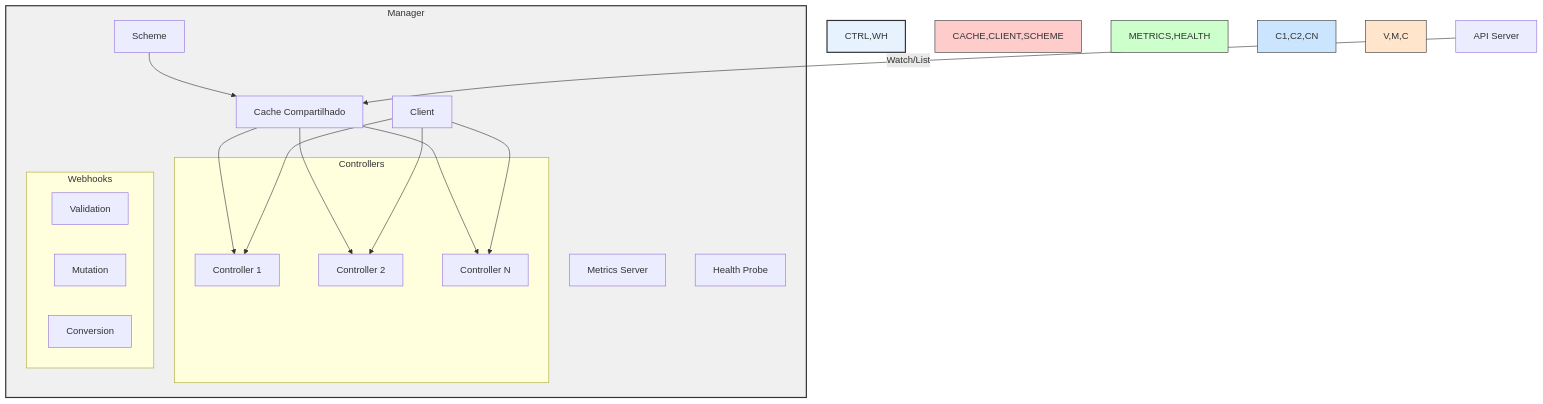
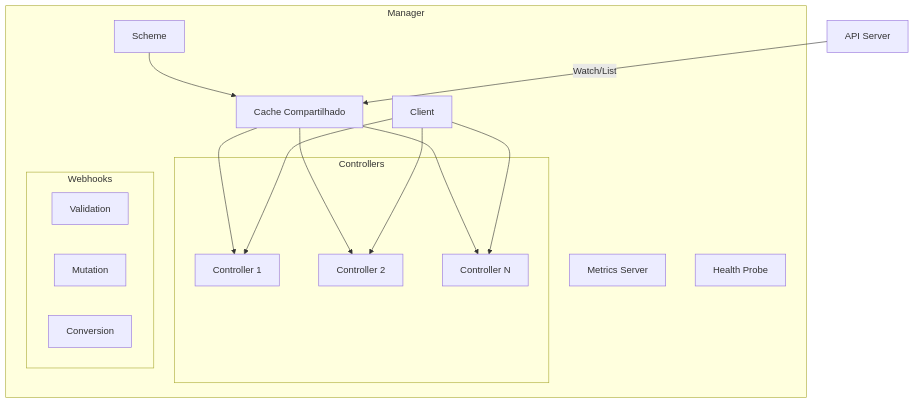
The second of 4 diagrams in docs/extras/kubebuilder-guide.md (cloud104/tcloud-devops-k8s-operators-training), drawn with Mermaid before and after one commit. The commit also changed other lines of this file and 6 other files, not shown here.

First line of the commit message:
docs: revisa material teorico, corrige APIs e melhora diagramas

````diff
--- a/docs/extras/kubebuilder-guide.md
+++ b/docs/extras/kubebuilder-guide.md
@@ -37,35 +30,28 @@
 ```mermaid
 flowchart TD
     subgraph MGR ["Manager"]
         CACHE["Cache Compartilhado"]
         CLIENT["Client"]
         SCHEME["Scheme"]
         METRICS["Metrics Server"]
         HEALTH["Health Probe"]
         
         subgraph CTRL ["Controllers"]
             C1["Controller 1"]
             C2["Controller 2"]
             CN["Controller N"]
         end
         
         subgraph WH ["Webhooks"]
             V["Validation"]
             M["Mutation"]
             C["Conversion"]
         end
         
         CACHE --> C1 & C2 & CN
         CLIENT --> C1 & C2 & CN
         SCHEME --> CACHE
     end
     
     API["API Server"] -->|Watch/List| CACHE
-    
-    style MGR fill:#f0f0f0,stroke:#333,stroke-width:2px
-    style CTRL,WH fill:#e6f3ff,stroke:#333,stroke-width:2px
-    style CACHE,CLIENT,SCHEME fill:#ffcccc,stroke:#333
-    style METRICS,HEALTH fill:#ccffcc,stroke:#333
-    style C1,C2,CN fill:#cce5ff,stroke:#333
-    style V,M,C fill:#ffe5cc,stroke:#333
 ```
````
